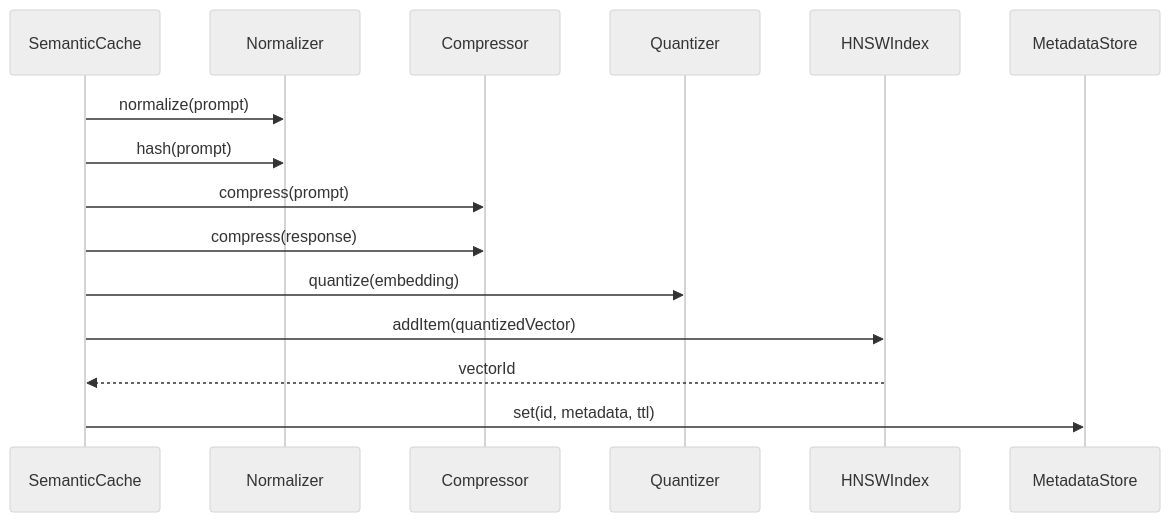
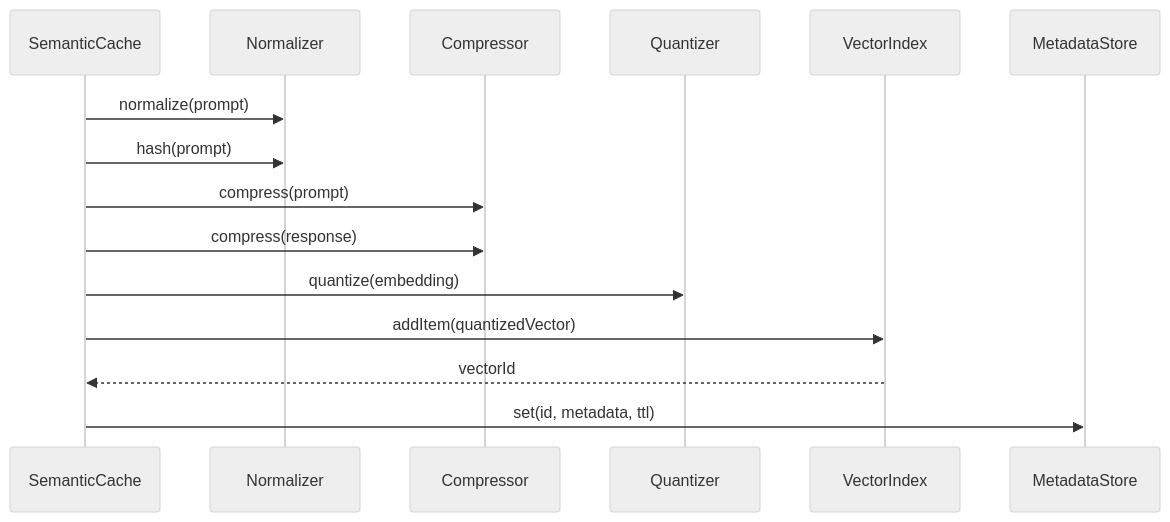
The sixth of 10 diagrams in docs/ARCHITECTURE.md (EricNguyen1206/erion-ember), drawn with Mermaid (neutral theme) before and after one commit. The commit also changed other lines of this file and 7 other files, not shown here.

Commit message:
feat: Implement model override for embedding generation and refactor architecture for MCP server and vector index.

````diff
--- a/docs/ARCHITECTURE.md
+++ b/docs/ARCHITECTURE.md
@@ -178,18 +171,18 @@
 ```mermaid
 sequenceDiagram
     participant SC as SemanticCache
     participant N as Normalizer
     participant C as Compressor
     participant Q as Quantizer
-    participant H as HNSWIndex
+    participant V as VectorIndex
     participant MS as MetadataStore
     
     SC->>N: normalize(prompt)
     SC->>N: hash(prompt)
     SC->>C: compress(prompt)
     SC->>C: compress(response)
     SC->>Q: quantize(embedding)
-    SC->>H: addItem(quantizedVector)
-    H-->>SC: vectorId
+    SC->>V: addItem(quantizedVector)
+    V-->>SC: vectorId
     SC->>MS: set(id, metadata, ttl)
 ```
````
